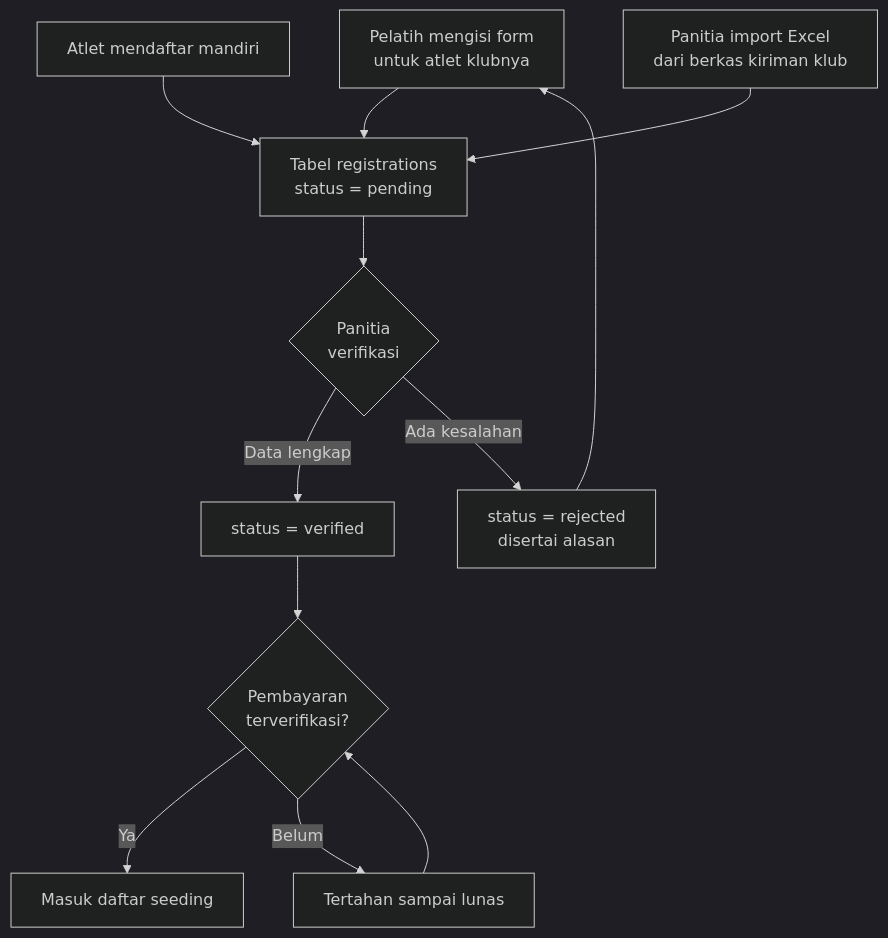
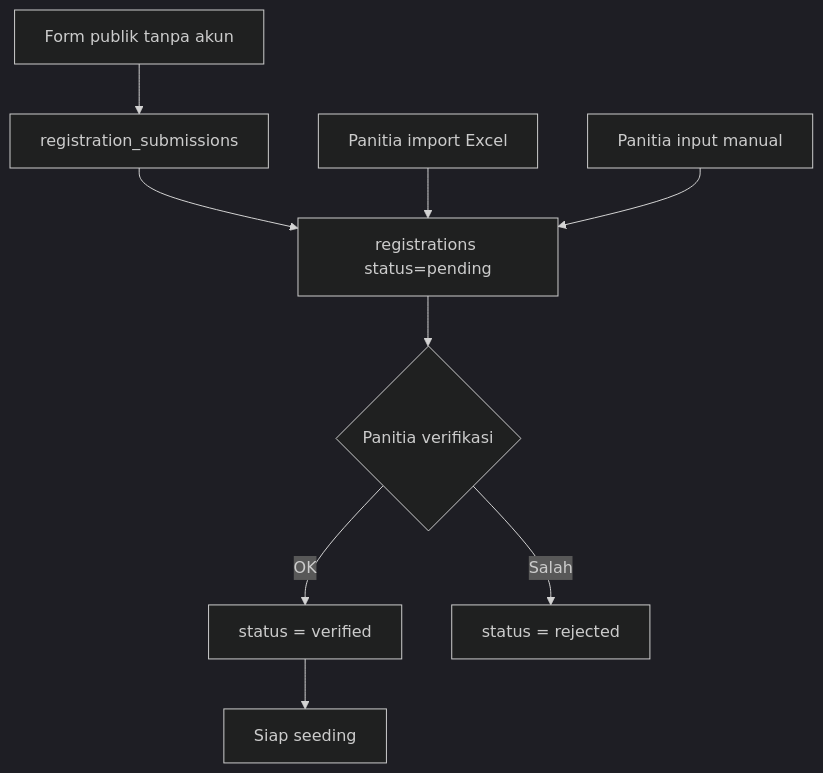
Before and after one commit to arroofi07/searia: the diagram in docs/04-alur-pendaftaran.md, drawn with Mermaid (dark theme). The commit also changed other lines of this file and 183 other files, not shown here.

````diff
--- a/docs/04-alur-pendaftaran.md
+++ b/docs/04-alur-pendaftaran.md
@@ -7,14 +7,11 @@
 ```mermaid
 flowchart TD
-    A["Pelatih mengisi form<br/>untuk atlet klubnya"] --> R["Tabel registrations<br/>status = pending"]
-    B["Atlet mendaftar mandiri"] --> R
-    C["Panitia import Excel<br/>dari berkas kiriman klub"] --> R
-    R --> V{"Panitia<br/>verifikasi"}
-    V -->|Data lengkap| OK["status = verified"]
-    V -->|Ada kesalahan| Fix["status = rejected<br/>disertai alasan"]
-    Fix --> A
-    OK --> Bayar{"Pembayaran<br/>terverifikasi?"}
-    Bayar -->|Ya| Siap["Masuk daftar seeding"]
-    Bayar -->|Belum| Tunggu["Tertahan sampai lunas"]
-    Tunggu --> Bayar
+    A["Form publik tanpa akun"] --> Sub["registration_submissions"]
+    Sub --> R["registrations status=pending"]
+    B["Panitia import Excel"] --> R
+    C["Panitia input manual"] --> R
+    R --> V{"Panitia verifikasi"}
+    V -->|OK| OK["status = verified"]
+    V -->|Salah| Fix["status = rejected"]
+    OK --> Seed["Siap seeding"]
 ```
````
